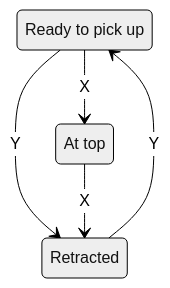
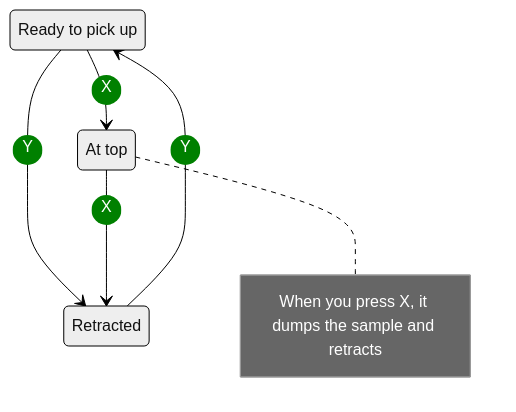
Before and after one commit to Huskyteers19516/IntoTheDeep: the second of 2 diagrams in TeamCode/src/main/java/org/firstinspires/ftc/teamcode/huskyteers/controls.md, drawn with Mermaid (neutral theme). The commit also changed other lines of this file, not shown here.

````diff
--- a/TeamCode/src/main/java/org/firstinspires/ftc/teamcode/huskyteers/controls.md
+++ b/TeamCode/src/main/java/org/firstinspires/ftc/teamcode/huskyteers/controls.md
@@ -22,9 +25,11 @@
 ```mermaid
 stateDiagram-v2
+    classDef edgeLabel color: white, width: 30px, height: 30px, border-radius: 100%, background-color: green
     Ready: Ready to pick up
     Top: At top
     Ready --> Retracted: Y
     Retracted --> Ready: Y
     Ready --> Top: X
+    note right of Top: When you press X, it dumps the sample and retracts
     Top --> Retracted: X
 ```
````
